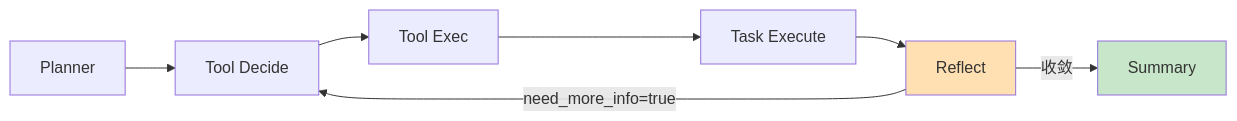
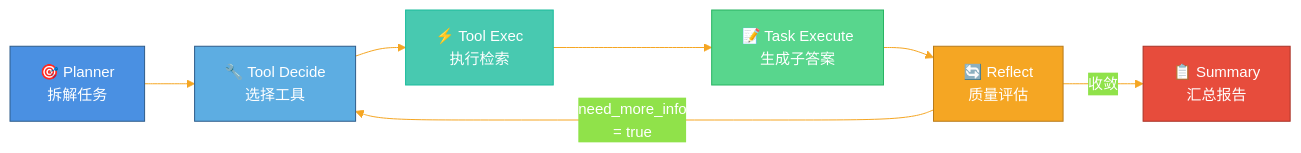
Before and after one commit to Wang-qi-git/langgraph-mes-business-agent: the second of 2 diagrams in README.md, drawn with Mermaid. The commit also changed other lines of this file, not shown here.

Commit message:
docs: improve architecture diagrams with custom Mermaid theme

````diff
--- a/README.md
+++ b/README.md
@@ -89,11 +107,34 @@
 ```mermaid
+%%{init: {
+  'theme': 'base',
+  'themeVariables': {
+    'primaryColor': '#4A90E2',
+    'primaryTextColor': '#ffffff',
+    'primaryBorderColor': '#2E5C8A',
+    'lineColor': '#F5A623',
+    'fontSize': '15px',
+    'fontFamily': 'Arial, sans-serif'
+  }
+}}%%
 flowchart LR
-    P[Planner] --> TD[Tool Decide]
-    TD --> TE[Tool Exec]
-    TE --> TASKE[Task Execute]
-    TASKE --> R[Reflect]
-    R -->|need_more_info=true| TD
-    R -->|收敛| S[Summary]
-    style R fill:#ffe0b2
-    style S fill:#c8e6c9
+    P[🎯 Planner<br/>拆解任务]
+    TD[🔧 Tool Decide<br/>选择工具]
+    TE[⚡ Tool Exec<br/>执行检索]
+    TASKE[📝 Task Execute<br/>生成子答案]
+    R[🔄 Reflect<br/>质量评估]
+    S[📋 Summary<br/>汇总报告]
+
+    P --> TD
+    TD --> TE
+    TE --> TASKE
+    TASKE --> R
+    R -->|need_more_info<br/>= true| TD
+    R -->|收敛| S
+
+    style P fill:#4A90E2,stroke:#2E5C8A,color:#fff
+    style TD fill:#5DADE2,stroke:#2E5C8A,color:#fff
+    style TE fill:#48C9B0,stroke:#1ABC9C,color:#fff
+    style TASKE fill:#58D68D,stroke:#28B463,color:#fff
+    style R fill:#F5A623,stroke:#B87B1A,color:#fff
+    style S fill:#E74C3C,stroke:#A93226,color:#fff
 ```
````
